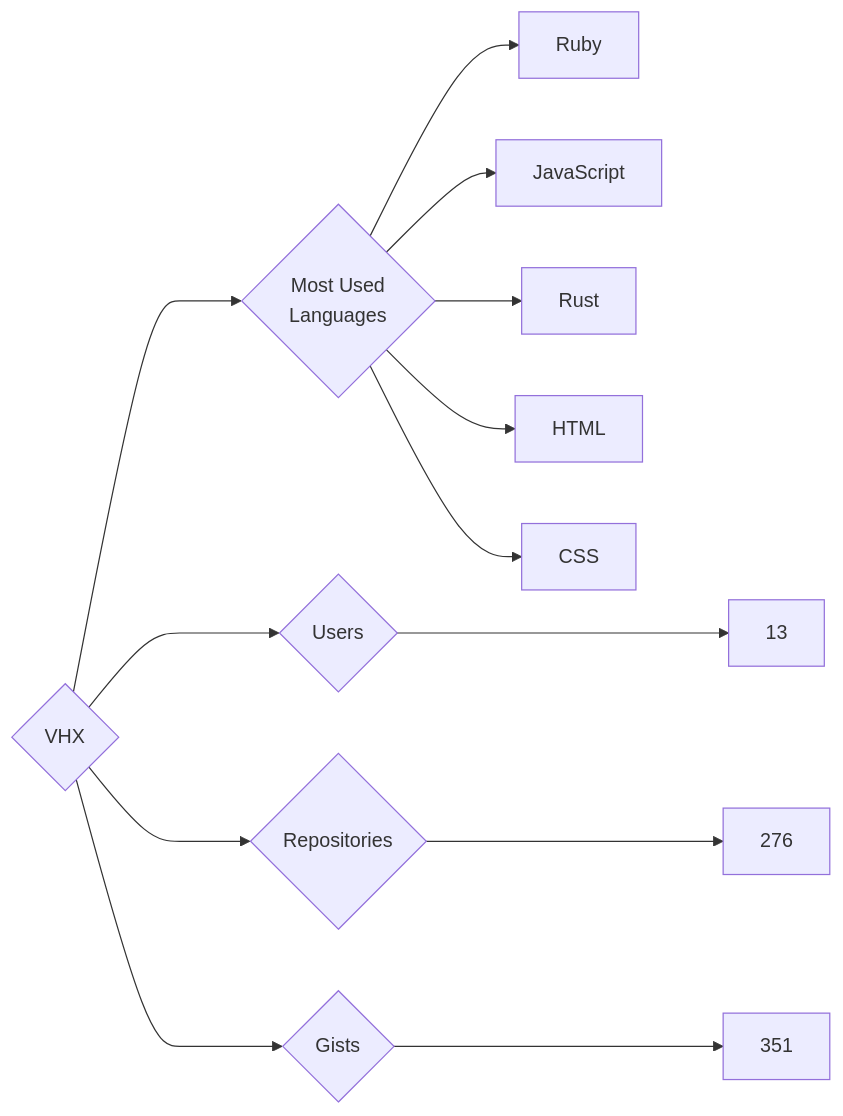
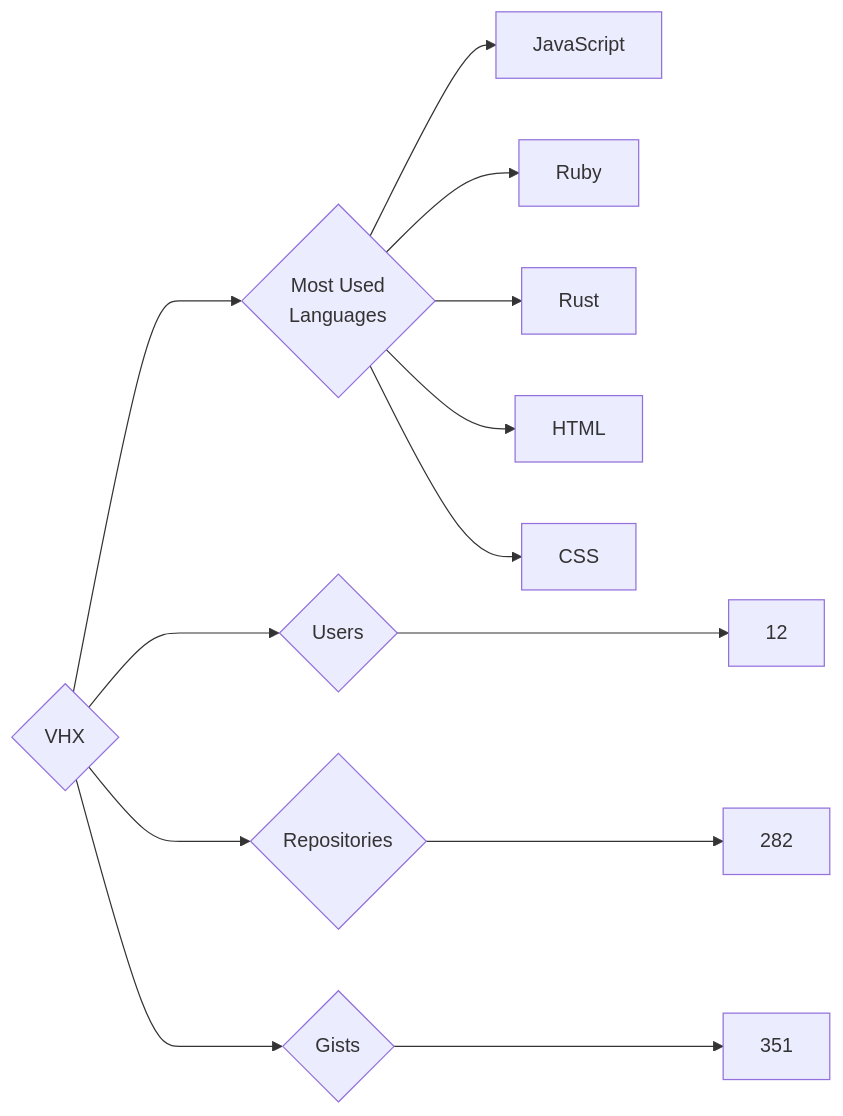
One commit to trickest/insiders changed the diagram in targets/VHX/README.md. Above: the diagram before and after it, drawn with Mermaid. The commit also changed 1389 other files, not shown here.

````diff
--- a/targets/VHX/README.md
+++ b/targets/VHX/README.md
@@ -3,13 +3,13 @@
 ```mermaid
 graph LR
 COMPANY_NAME{VHX}
-COMPANY_NAME ---> U{Users} ---> UN[13]
-COMPANY_NAME ---> R{Repositories} ---> RN[276]
+COMPANY_NAME ---> U{Users} ---> UN[12]
+COMPANY_NAME ---> R{Repositories} ---> RN[282]
 COMPANY_NAME ---> G{Gists} ---> GN[351]
 COMPANY_NAME ---> ML{Most Used<br>Languages}
+ML --> JavaScript[JavaScript]
 ML --> Ruby[Ruby]
-ML --> JavaScript[JavaScript]
 ML --> Rust[Rust]
 ML --> HTML[HTML]
 ML --> CSS[CSS]
 ```
````
